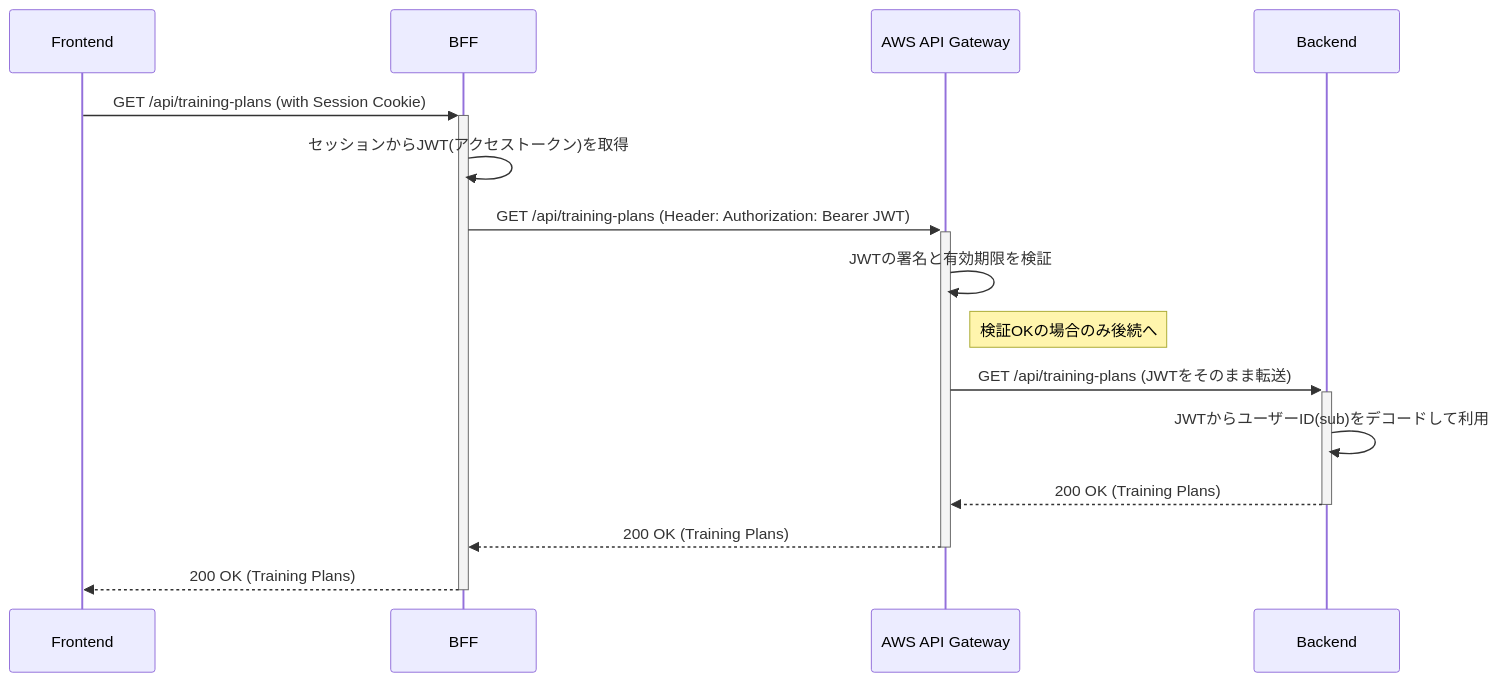
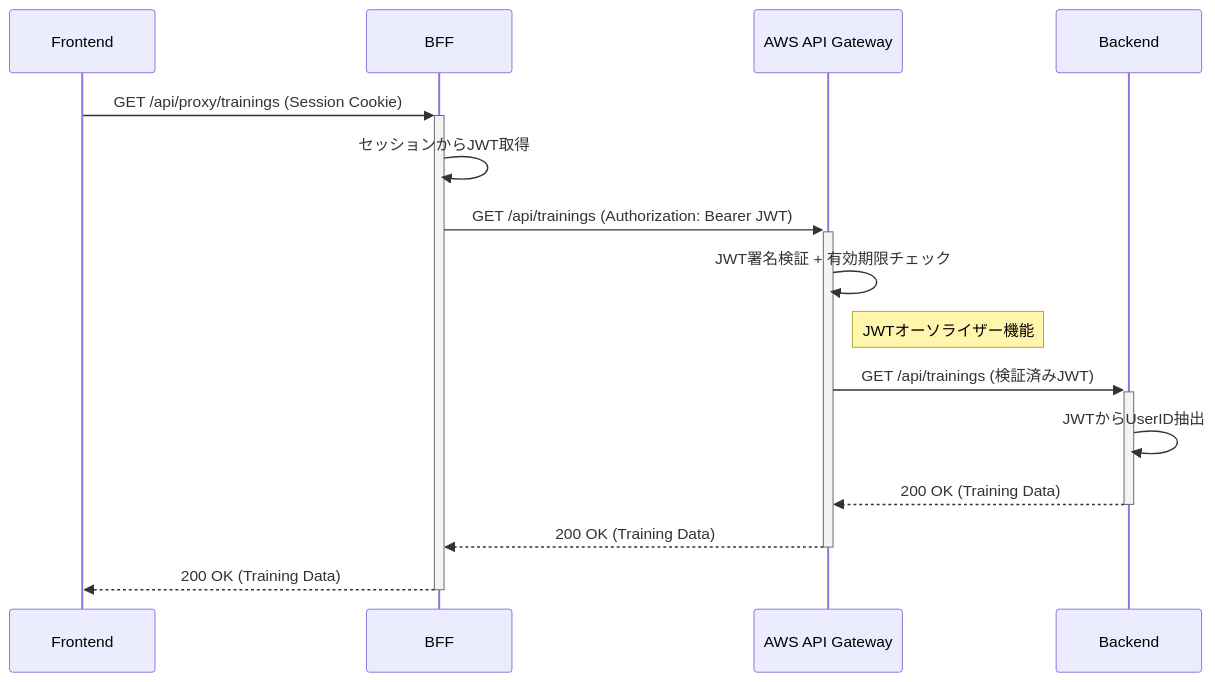
The third of 3 diagrams in CLAUDE.md (tis-abe-akira/bff-study), drawn with Mermaid before and after one commit. The commit also changed other lines of this file and 7 other files, not shown here.

````diff
--- a/CLAUDE.md
+++ b/CLAUDE.md
@@ -79,18 +153,18 @@
 ```mermaid
 sequenceDiagram
-    participant Frontend
-    participant BFF
-    participant AWS_APIGateway as AWS API Gateway
-    participant Backend
+    participant F as Frontend
+    participant B as BFF
+    participant AWS as AWS API Gateway
+    participant K as Backend
 
-    Frontend->>+BFF: GET /api/training-plans (with Session Cookie)
-    BFF->>BFF: セッションからJWT(アクセストークン)を取得
-    BFF->>+AWS_APIGateway: GET /api/training-plans (Header: Authorization: Bearer JWT)
-    AWS_APIGateway->>AWS_APIGateway: JWTの署名と有効期限を検証
-    Note right of AWS_APIGateway: 検証OKの場合のみ後続へ
-    AWS_APIGateway->>+Backend: GET /api/training-plans (JWTをそのまま転送)
-    Backend->>Backend: JWTからユーザーID(sub)をデコードして利用
-    Backend-->>-AWS_APIGateway: 200 OK (Training Plans)
-    AWS_APIGateway-->>-BFF: 200 OK (Training Plans)
-    BFF-->>-Frontend: 200 OK (Training Plans)
+    F->>+B: GET /api/proxy/trainings (Session Cookie)
+    B->>B: セッションからJWT取得
+    B->>+AWS: GET /api/trainings (Authorization: Bearer JWT)
+    AWS->>AWS: JWT署名検証 + 有効期限チェック
+    Note right of AWS: JWTオーソライザー機能
+    AWS->>+K: GET /api/trainings (検証済みJWT)
+    K->>K: JWTからUserID抽出
+    K-->>-AWS: 200 OK (Training Data)
+    AWS-->>-B: 200 OK (Training Data)  
+    B-->>-F: 200 OK (Training Data)
 ```
````
